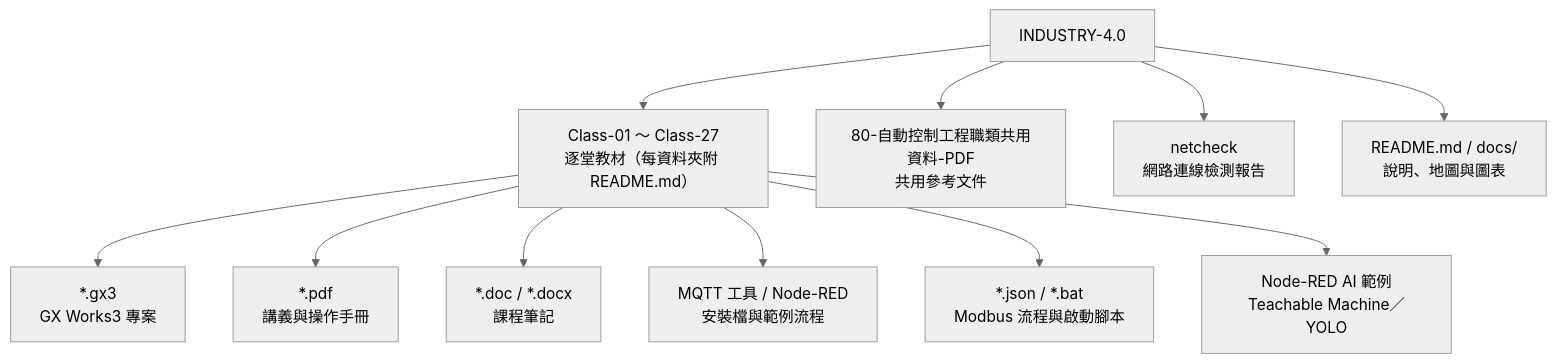
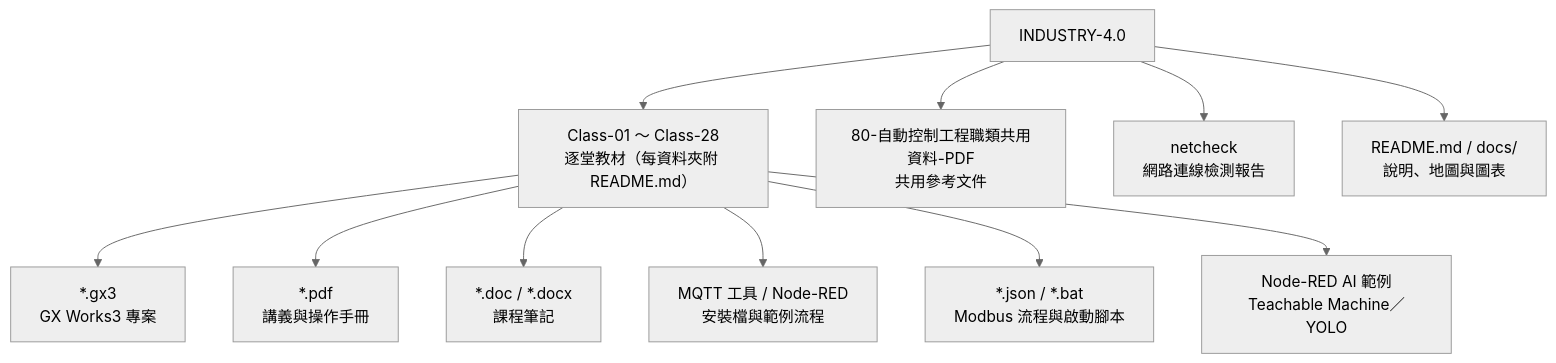
One commit to yd7148/INDUSTRY-4.0 changed the second of 6 diagrams in README.md. Above: the diagram before and after it, drawn with Mermaid (neutral theme). The commit also changed other lines of this file and 2 other files, not shown here.

Commit message:
Sync docs for Class-28 (28 classes, 29 videos, timeline and SVG)

````diff
--- a/README.md
+++ b/README.md
@@ -42,14 +42,14 @@
 ```mermaid
 flowchart TB
-    REPO["INDUSTRY-4.0"] --> CLS["Class-01 ～ Class-27<br/>逐堂教材（每資料夾附 README.md）"]
+    REPO["INDUSTRY-4.0"] --> CLS["Class-01 ～ Class-28<br/>逐堂教材（每資料夾附 README.md）"]
     REPO --> LIB["80-自動控制工程職類共用資料-PDF<br/>共用參考文件"]
     REPO --> NET["netcheck<br/>網路連線檢測報告"]
     REPO --> DOC["README.md / docs/<br/>說明、地圖與圖表"]
 
     CLS --> GX["*.gx3<br/>GX Works3 專案"]
     CLS --> PDF["*.pdf<br/>講義與操作手冊"]
     CLS --> DOCX["*.doc / *.docx<br/>課程筆記"]
     CLS --> TOOL["MQTT 工具 / Node-RED<br/>安裝檔與範例流程"]
     CLS --> JSON["*.json / *.bat<br/>Modbus 流程與啟動腳本"]
     CLS --> AI["Node-RED AI 範例<br/>Teachable Machine／YOLO"]
 ```
````
